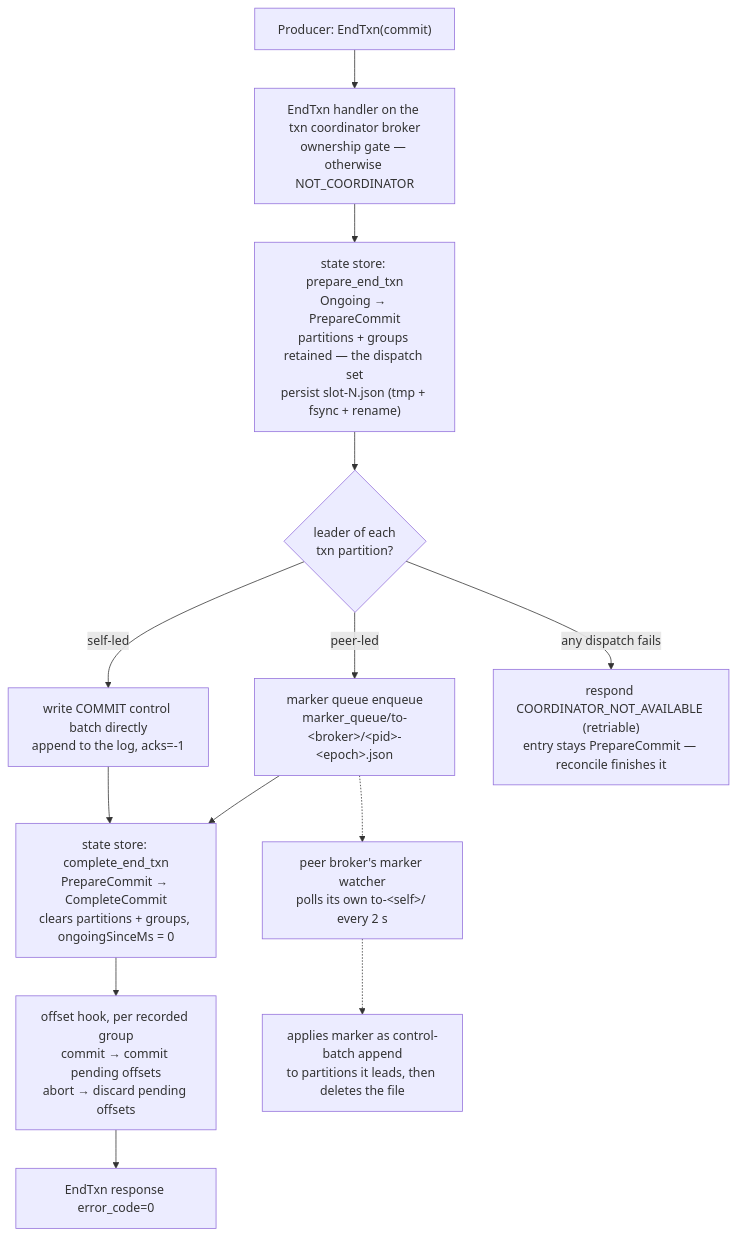
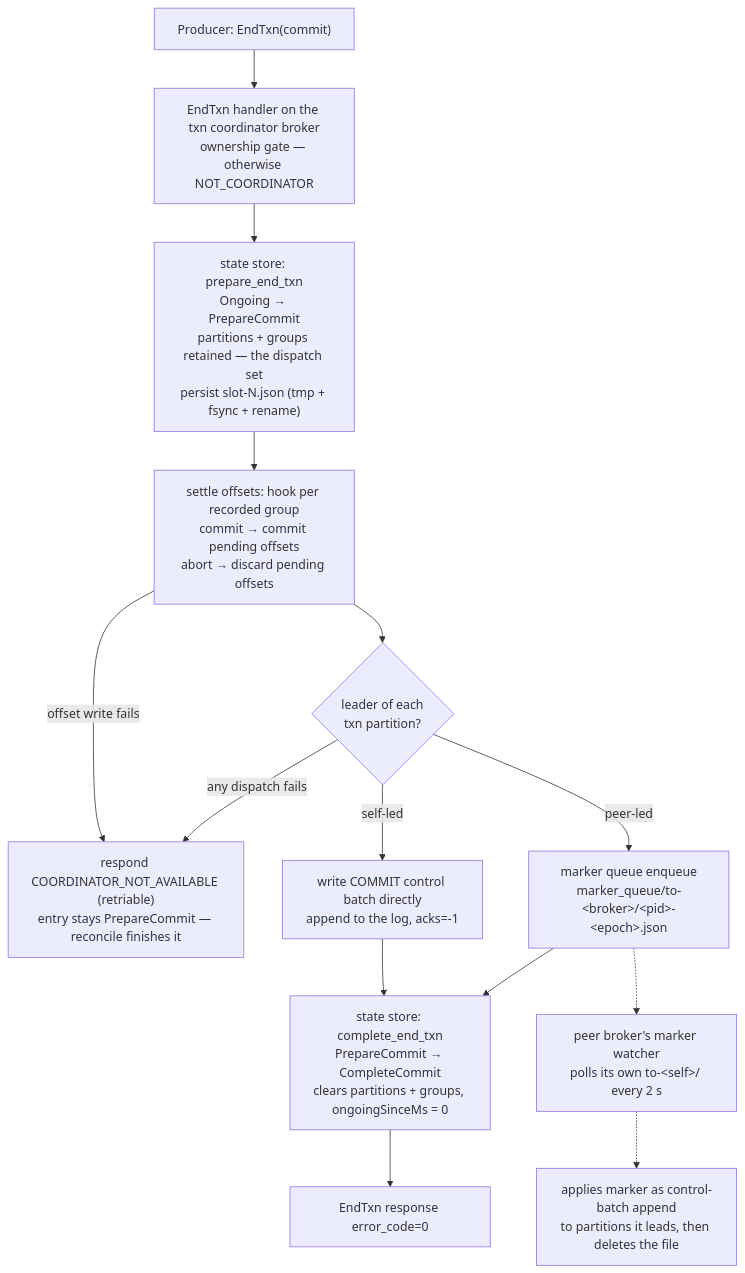
The second of 2 diagrams in docs/src/architecture/transactions.md (kaas-rs/kaas-broker), drawn with Mermaid before and after one commit. The commit also changed other lines of this file and 40 other files, not shown here.

````diff
--- a/docs/src/architecture/transactions.md
+++ b/docs/src/architecture/transactions.md
@@ -152,15 +158,16 @@
 ```mermaid
 flowchart TD
     producer["Producer: EndTxn(commit)"] --> handler["EndTxn handler on the txn coordinator broker<br/>ownership gate — otherwise NOT_COORDINATOR"]
     handler --> prepare["state store: prepare_end_txn<br/>Ongoing → PrepareCommit<br/>partitions + groups retained — the dispatch set<br/>persist slot-N.json (tmp + fsync + rename)"]
-    prepare --> split{"leader of each<br/>txn partition?"}
+    prepare --> hook["settle offsets: hook per recorded group<br/>commit → commit pending offsets<br/>abort → discard pending offsets"]
+    hook -- "offset write fails" --> retriable
+    hook --> split{"leader of each<br/>txn partition?"}
     split -- "self-led" --> local["write COMMIT control batch directly<br/>append to the log, acks=-1"]
     split -- "peer-led" --> enqueue["marker queue enqueue<br/>marker_queue/to-&lt;broker&gt;/&lt;pid&gt;-&lt;epoch&gt;.json"]
     local --> complete["state store: complete_end_txn<br/>PrepareCommit → CompleteCommit<br/>clears partitions + groups, ongoingSinceMs = 0"]
     enqueue --> complete
-    complete --> hook["offset hook, per recorded group<br/>commit → commit pending offsets<br/>abort → discard pending offsets"]
-    hook --> respond["EndTxn response error_code=0"]
+    complete --> respond["EndTxn response error_code=0"]
     split -- "any dispatch fails" --> retriable["respond COORDINATOR_NOT_AVAILABLE (retriable)<br/>entry stays PrepareCommit — reconcile finishes it"]
     enqueue -.-> watcher["peer broker's marker watcher<br/>polls its own to-&lt;self&gt;/ every 2 s"]
     watcher -.-> apply["applies marker as control-batch append<br/>to partitions it leads, then deletes the file"]
 ```
````
